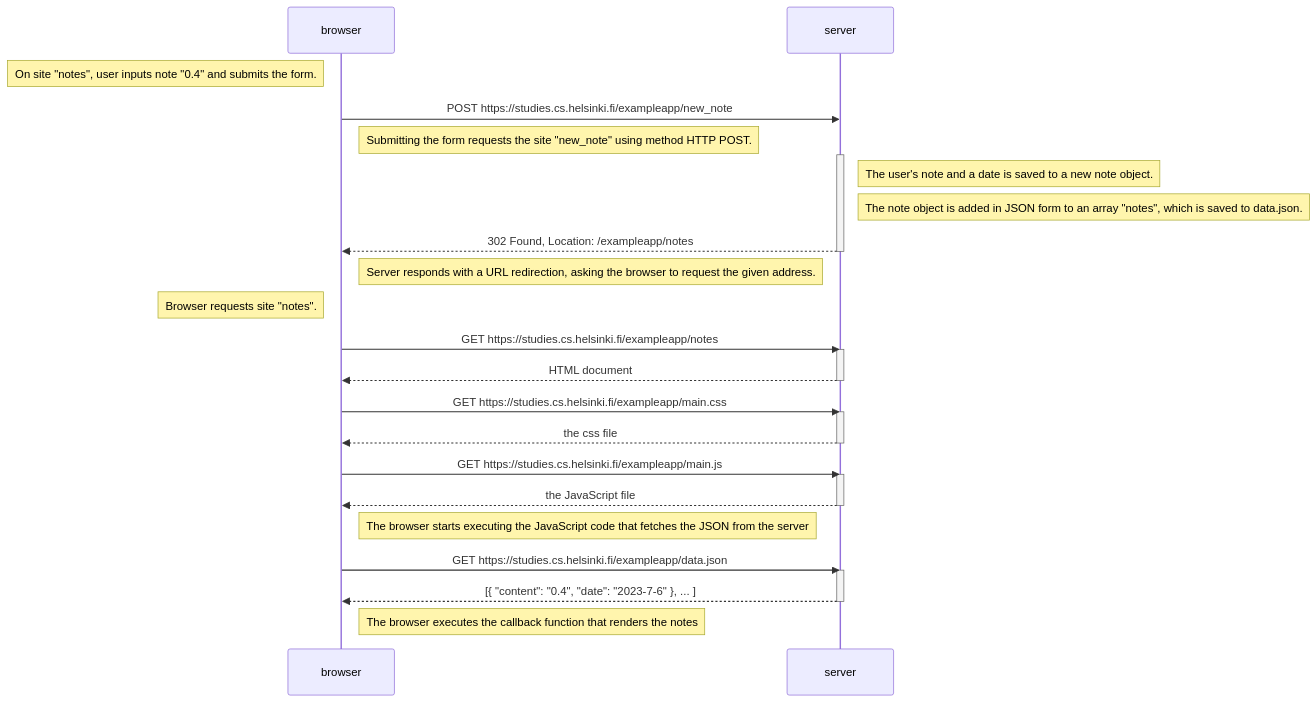
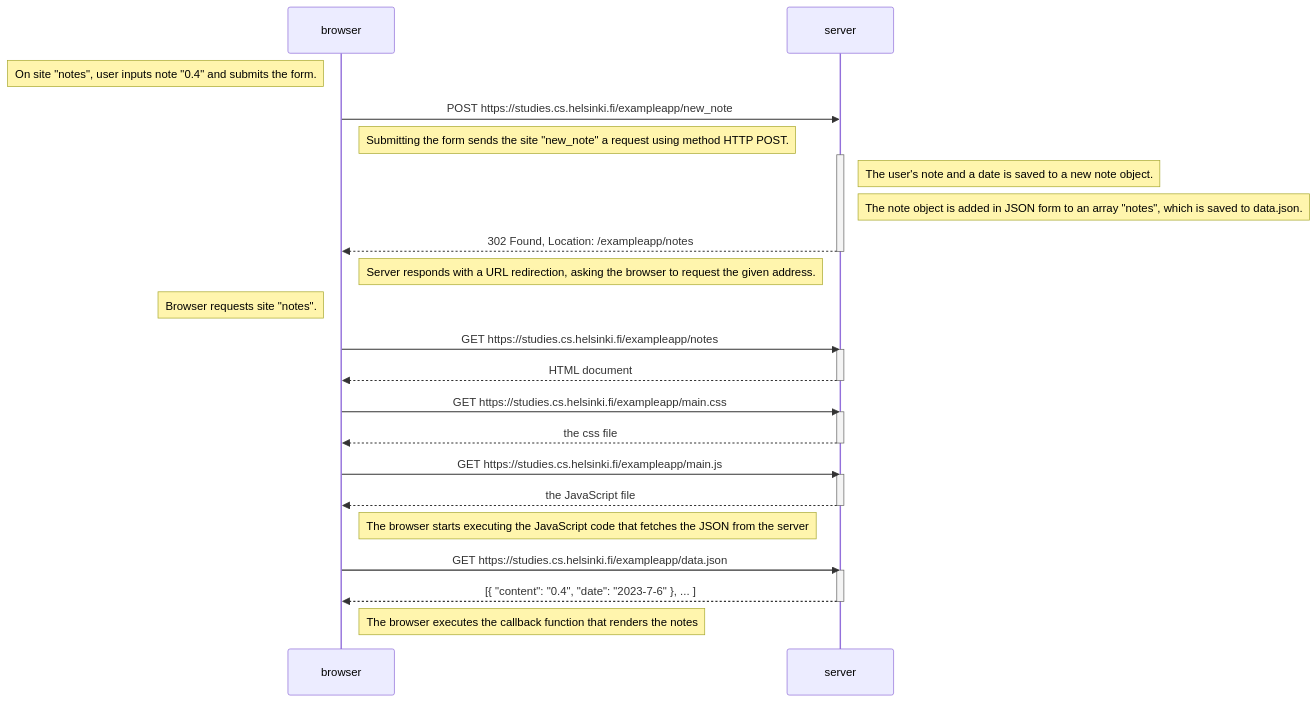
The diagram in osa0/04.md (eetpatsu/fullstackopen), drawn with Mermaid before and after one commit.

Commit message:
T04 tarkistus

````diff
--- a/osa0/04.md
+++ b/osa0/04.md
@@ -2,40 +2,40 @@
 ```mermaid
 sequenceDiagram
     participant browser
     participant server
 
     Note left of browser: On site "notes", user inputs note "0.4" and submits the form.
     browser->>server: POST https://studies.cs.helsinki.fi/exampleapp/new_note
-    Note right of browser: Submitting the form requests the site "new_note" using method HTTP POST.
+    Note right of browser: Submitting the form sends the site "new_note" a request using method HTTP POST.
     activate server
     Note right of server: The user's note and a date is saved to a new note object.
     Note right of server: The note object is added in JSON form to an array "notes", which is saved to data.json.
     server-->>browser: 302 Found, Location: /exampleapp/notes
     deactivate server
     Note right of browser: Server responds with a URL redirection, asking the browser to request the given address.
 
     Note left of browser: Browser requests site "notes".
     browser->>server: GET https://studies.cs.helsinki.fi/exampleapp/notes
     activate server
     server-->>browser: HTML document
     deactivate server
     
     browser->>server: GET https://studies.cs.helsinki.fi/exampleapp/main.css
     activate server
     server-->>browser: the css file
     deactivate server
     
     browser->>server: GET https://studies.cs.helsinki.fi/exampleapp/main.js
     activate server
     server-->>browser: the JavaScript file
     deactivate server
     
     Note right of browser: The browser starts executing the JavaScript code that fetches the JSON from the server
     
     browser->>server: GET https://studies.cs.helsinki.fi/exampleapp/data.json
     activate server
     server-->>browser: [{ "content": "0.4", "date": "2023-7-6" }, ... ]
     deactivate server    
 
     Note right of browser: The browser executes the callback function that renders the notes
 ```
````
